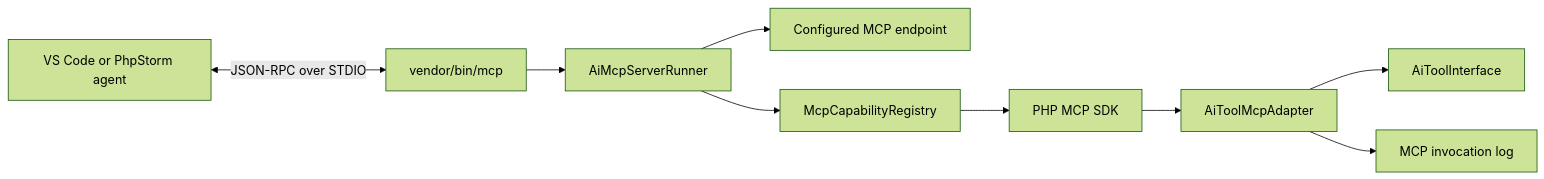
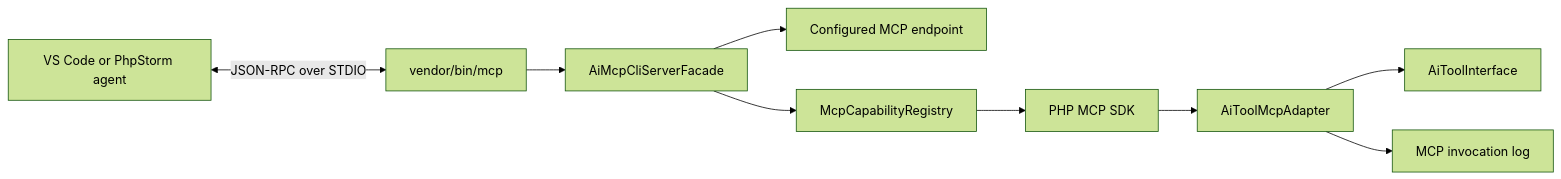
The diagram in Docs/Roadmap/MCP_server.md (axenox/GenAI), drawn with Mermaid (forest theme) before and after one commit. The commit also changed other lines of this file, not shown here.

Commit message:
DOCS updated MCP server roadmap

````diff
--- a/Docs/Roadmap/MCP_server.md
+++ b/Docs/Roadmap/MCP_server.md
@@ -60,21 +60,21 @@
 ```mermaid
 flowchart LR
-	IDE[VS Code or PhpStorm agent]
-	BIN[vendor/bin/mcp]
-	RUNNER[AiMcpServerRunner]
-	ENDPOINT[Configured MCP endpoint]
-	REGISTRY[McpCapabilityRegistry]
-	SDK[PHP MCP SDK]
-	ADAPTER[AiToolMcpAdapter]
-	TOOL[AiToolInterface]
-	LOG[MCP invocation log]
+    IDE[VS Code or PhpStorm agent]
+    BIN[vendor/bin/mcp]
+    RUNNER[AiMcpCliServerFacade]
+    ENDPOINT[Configured MCP endpoint]
+    REGISTRY[McpCapabilityRegistry]
+    SDK[PHP MCP SDK]
+    ADAPTER[AiToolMcpAdapter]
+    TOOL[AiToolInterface]
+    LOG[MCP invocation log]
 
-	IDE <-->|JSON-RPC over STDIO| BIN
-	BIN --> RUNNER
-	RUNNER --> ENDPOINT
-	RUNNER --> REGISTRY
-	REGISTRY --> SDK
-	SDK --> ADAPTER
-	ADAPTER --> TOOL
-	ADAPTER --> LOG
+    IDE <-->|JSON-RPC over STDIO| BIN
+    BIN --> RUNNER
+    RUNNER --> ENDPOINT
+    RUNNER --> REGISTRY
+    REGISTRY --> SDK
+    SDK --> ADAPTER
+    ADAPTER --> TOOL
+    ADAPTER --> LOG
 ```
````
